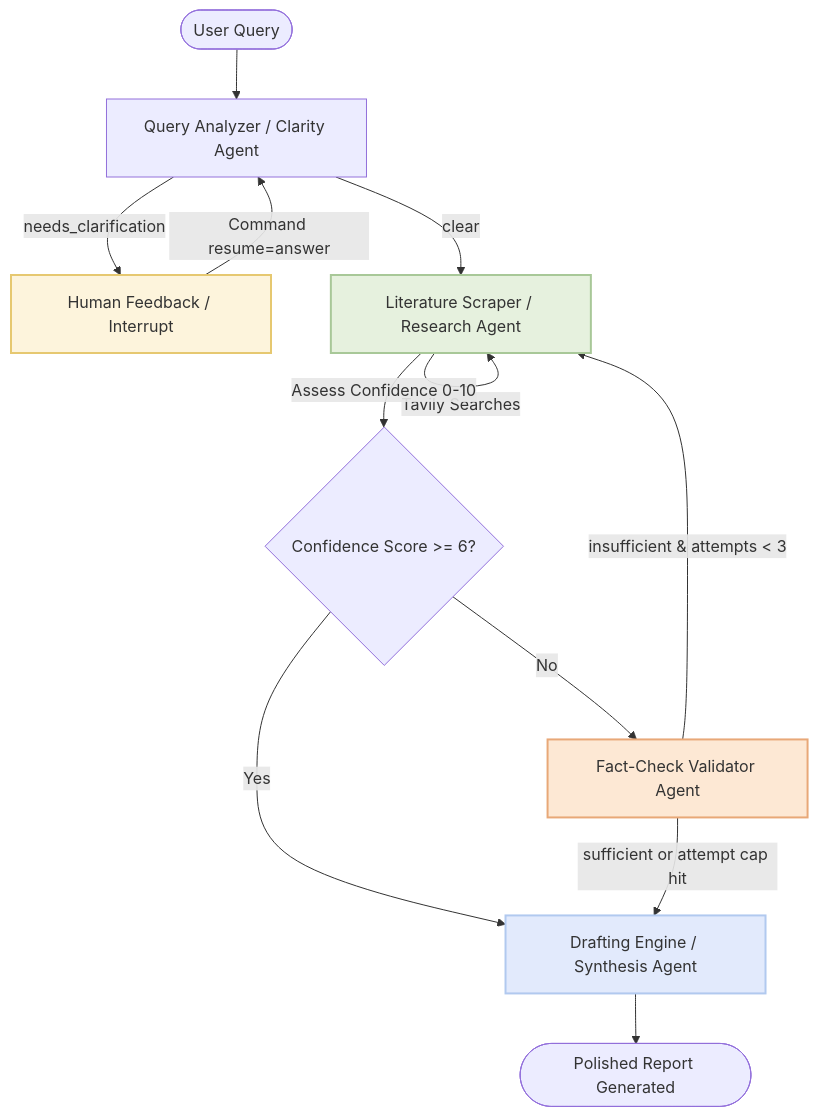
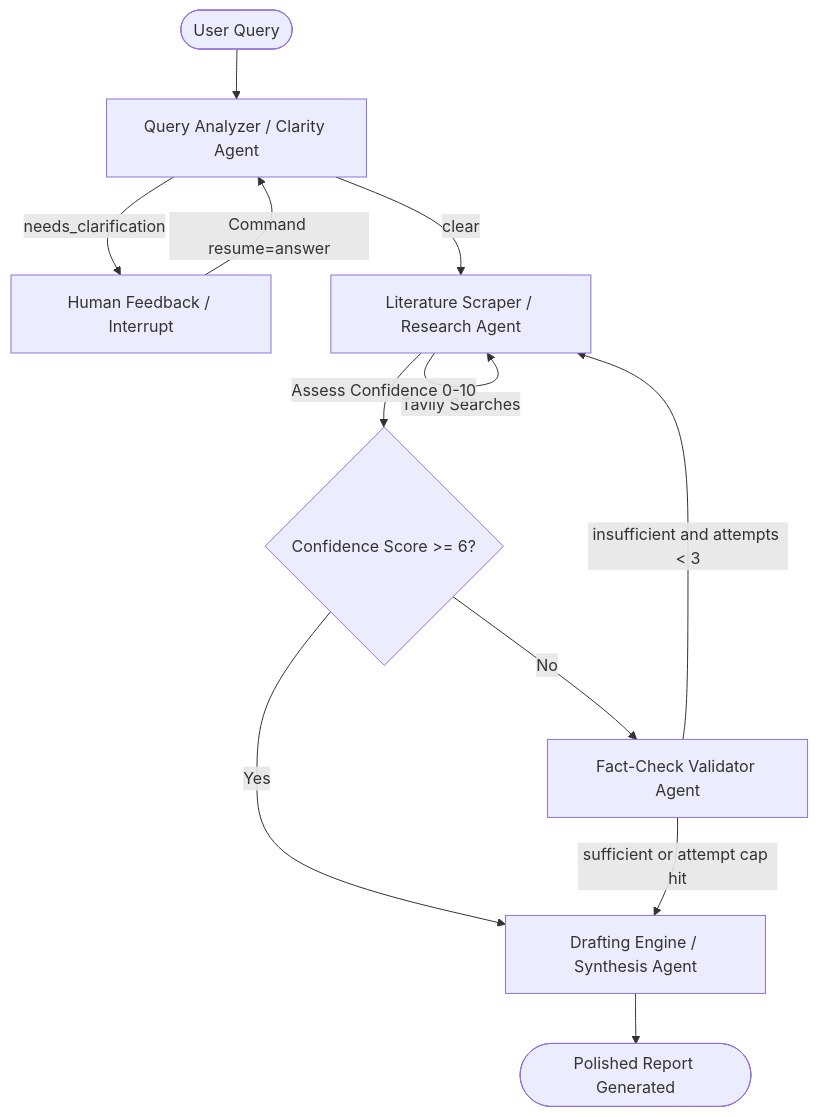
The diagram in README.md (MugheesTayyab/Aetheris-Deep-Research), drawn with Mermaid before and after one commit. The commit also changed other lines of this file, not shown here.

Commit message:
Docs: rewrite README.md to describe the new FastAPI and HTML UI setup, local instructions, and Vercel routing

````diff
--- a/README.md
+++ b/README.md
@@ -11,31 +9,14 @@
 ```mermaid
 graph TD
     START([User Query]) --> CA[Query Analyzer / Clarity Agent]
-    
-    %% Clarity Conditional Routing
     CA -->|needs_clarification| HF[Human Feedback / Interrupt]
     CA -->|clear| RA[Literature Scraper / Research Agent]
-    
-    %% Human-in-the-Loop Resume
     HF -->|Command resume=answer| CA
-    
-    %% Research Agent Actions
     RA -->|Tavily Searches| RA
     RA -->|Assess Confidence 0-10| RC{Confidence Score >= 6?}
-    
-    %% Confidence Routing
     RC -->|Yes| SA[Drafting Engine / Synthesis Agent]
     RC -->|No| VA[Fact-Check Validator Agent]
-    
-    %% Validator Routing
-    VA -->|insufficient & attempts < 3| RA
+    VA -->|insufficient and attempts < 3| RA
     VA -->|sufficient or attempt cap hit| SA
-    
-    %% Completion
     SA --> END([Polished Report Generated])
-    
-    style HF fill:#fdf4dc,stroke:#e6c870,stroke-width:2px;
-    style RA fill:#e6f1de,stroke:#a8c898,stroke-width:2px;
-    style VA fill:#fde8d4,stroke:#e8a878,stroke-width:2px;
-    style SA fill:#e2eafc,stroke:#b1c9ef,stroke-width:2px;
 ```
````
